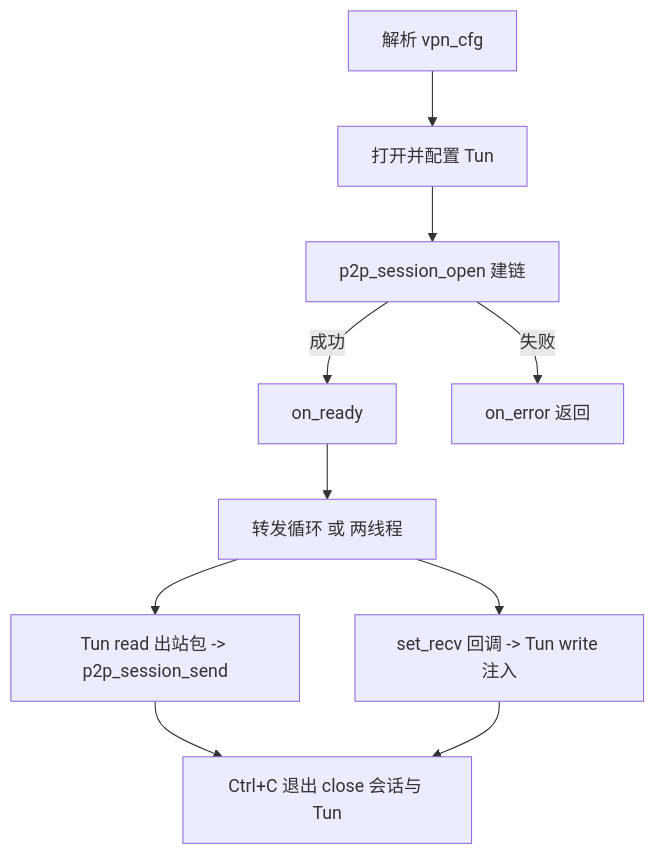
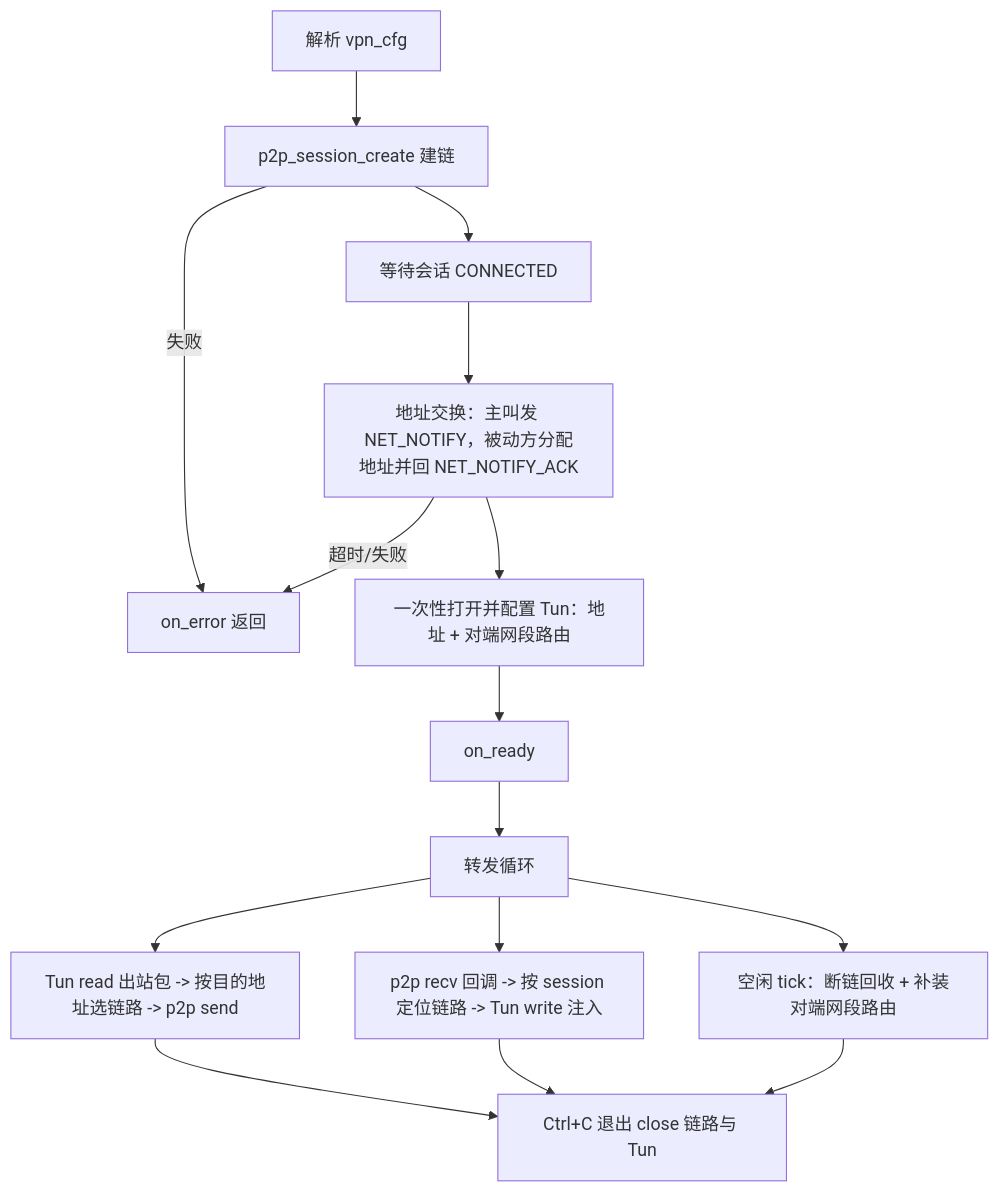
The diagram in doc/net/vpn/p2p_vpn_design.md (a1an1in/libobject), drawn with Mermaid before and after one commit. The commit also changed other lines of this file and 11 other files, not shown here.

First line of the commit message:
[update:net/vpn] 出站转发改由 io_worker/timer_worker 驱动，模块文件改小写命名。

````diff
--- a/doc/net/vpn/p2p_vpn_design.md
+++ b/doc/net/vpn/p2p_vpn_design.md
@@ -100,12 +105,16 @@
 ```mermaid
 flowchart TD
-  A[解析 vpn_cfg] --> B[打开并配置 Tun]
-  B --> C[p2p_session_open 建链]
-  C -->|成功| D[on_ready]
-  C -->|失败| E[on_error 返回]
-  D --> F[转发循环 或 两线程]
-  F --> G[Tun read 出站包 -> p2p_session_send]
-  F --> H[set_recv 回调 -> Tun write 注入]
-  G --> I[Ctrl+C 退出 close 会话与 Tun]
-  H --> I
+  A[解析 vpn_cfg] --> B[p2p_session_create 建链]
+  B -->|失败| E[on_error 返回]
+  B --> C[等待会话 CONNECTED]
+  C --> D[地址交换：主叫发 NET_NOTIFY，被动方分配地址并回 NET_NOTIFY_ACK]
+  D -->|超时/失败| E
+  D --> F[一次性打开并配置 Tun：地址 + 对端网段路由]
+  F --> G[on_ready] --> H[转发循环]
+  H --> I[Tun read 出站包 -> 按目的地址选链路 -> p2p send]
+  H --> J[p2p recv 回调 -> 按 session 定位链路 -> Tun write 注入]
+  H --> K[空闲 tick：断链回收 + 补装对端网段路由]
+  I --> L[Ctrl+C 退出 close 链路与 Tun]
+  J --> L
+  K --> L
 ```
````
